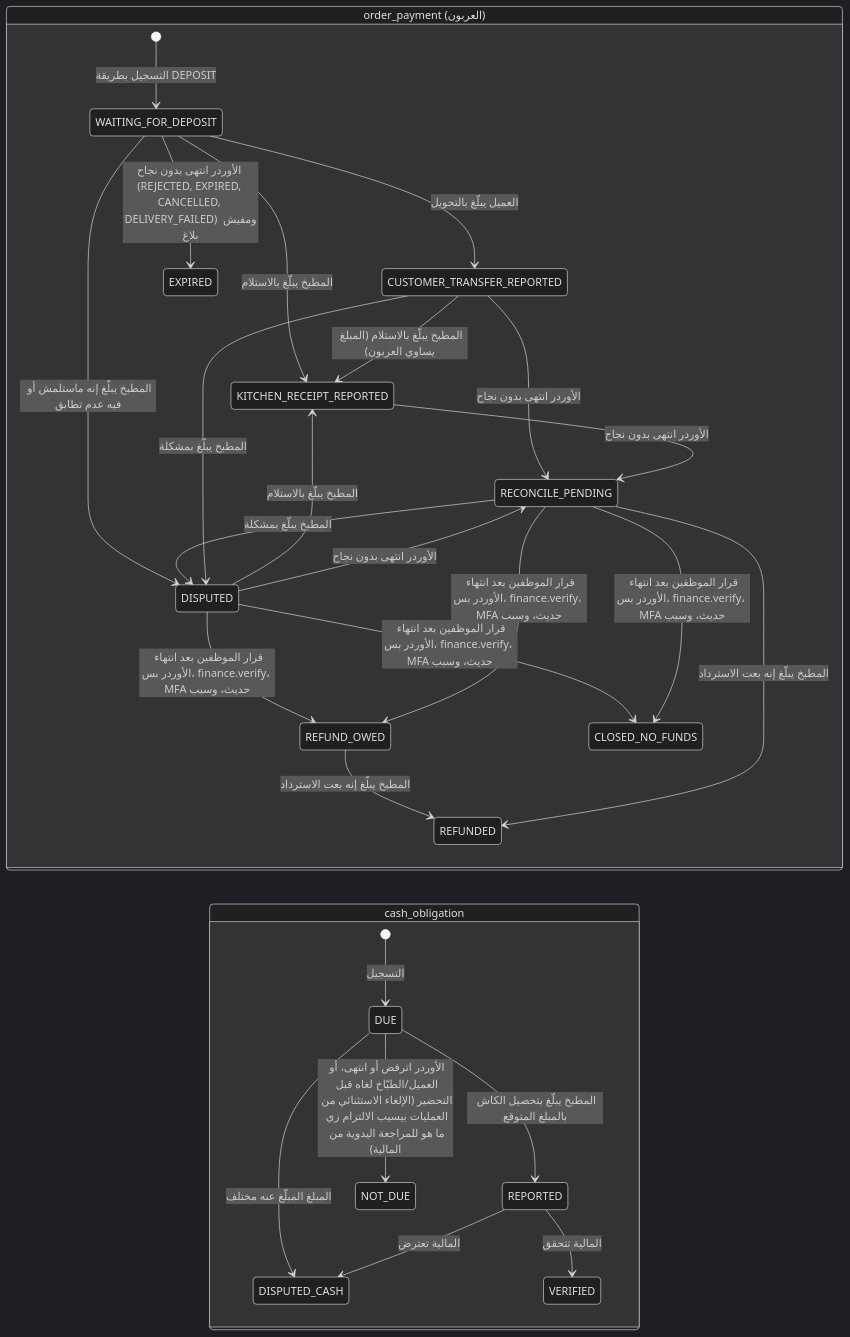
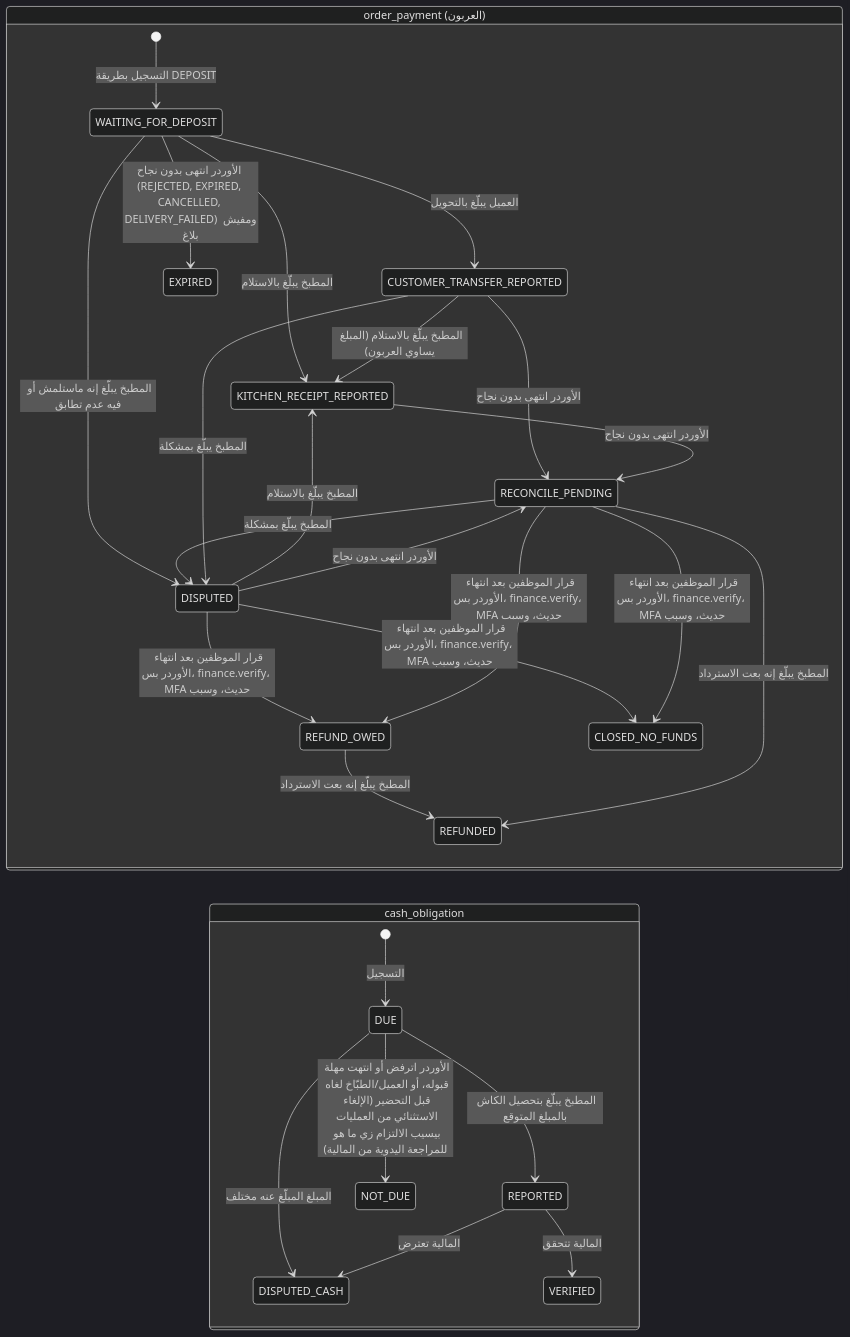
One commit to afawzy70/Matbakhy-v1 changed diagram 11 of 14 in docs/developer-handbook/03-architecture/diagrams-ar.md. Above: the diagram before and after it, drawn with Mermaid (dark theme). The commit also changed other lines of this file and 33 other files, not shown here.

````diff
--- a/docs/developer-handbook/03-architecture/diagrams-ar.md
+++ b/docs/developer-handbook/03-architecture/diagrams-ar.md
@@ -311,32 +311,32 @@
 ```mermaid
 stateDiagram-v2
     direction LR
     state "order_payment (العربون)" as dep {
         [*] --> WAITING_FOR_DEPOSIT: التسجيل بطريقة DEPOSIT
         WAITING_FOR_DEPOSIT --> CUSTOMER_TRANSFER_REPORTED: العميل يبلّغ بالتحويل
         WAITING_FOR_DEPOSIT --> KITCHEN_RECEIPT_REPORTED: المطبخ يبلّغ بالاستلام
         CUSTOMER_TRANSFER_REPORTED --> KITCHEN_RECEIPT_REPORTED: المطبخ يبلّغ بالاستلام (المبلغ يساوي العربون)
         DISPUTED --> KITCHEN_RECEIPT_REPORTED: المطبخ يبلّغ بالاستلام
         WAITING_FOR_DEPOSIT --> DISPUTED: المطبخ يبلّغ إنه ماستلمش أو فيه عدم تطابق
         RECONCILE_PENDING --> DISPUTED: المطبخ يبلّغ بمشكلة
         CUSTOMER_TRANSFER_REPORTED --> DISPUTED: المطبخ يبلّغ بمشكلة
         WAITING_FOR_DEPOSIT --> EXPIRED: الأوردر انتهى بدون نجاح (REJECTED, EXPIRED, CANCELLED, DELIVERY_FAILED) ومفيش بلاغ
         CUSTOMER_TRANSFER_REPORTED --> RECONCILE_PENDING: الأوردر انتهى بدون نجاح
         KITCHEN_RECEIPT_REPORTED --> RECONCILE_PENDING: الأوردر انتهى بدون نجاح
         DISPUTED --> RECONCILE_PENDING: الأوردر انتهى بدون نجاح
         DISPUTED --> REFUND_OWED: قرار الموظفين بعد انتهاء الأوردر بس، finance.verify، MFA حديث، وسبب
         RECONCILE_PENDING --> REFUND_OWED: قرار الموظفين بعد انتهاء الأوردر بس، finance.verify، MFA حديث، وسبب
         DISPUTED --> CLOSED_NO_FUNDS: قرار الموظفين بعد انتهاء الأوردر بس، finance.verify، MFA حديث، وسبب
         RECONCILE_PENDING --> CLOSED_NO_FUNDS: قرار الموظفين بعد انتهاء الأوردر بس، finance.verify، MFA حديث، وسبب
         REFUND_OWED --> REFUNDED: المطبخ يبلّغ إنه بعت الاسترداد
         RECONCILE_PENDING --> REFUNDED: المطبخ يبلّغ إنه بعت الاسترداد
     }
     state "cash_obligation" as cash {
         [*] --> DUE: التسجيل
         DUE --> REPORTED: المطبخ يبلّغ بتحصيل الكاش بالمبلغ المتوقع
         DUE --> DISPUTED_CASH: المبلغ المبلّغ عنه مختلف
         REPORTED --> VERIFIED: المالية تتحقق
         REPORTED --> DISPUTED_CASH: المالية تعترض
-        DUE --> NOT_DUE: الأوردر اترفض أو انتهى، أو العميل/الطبّاخ لغاه قبل التحضير (الإلغاء الاستثنائي من العمليات بيسيب الالتزام زي ما هو للمراجعة اليدوية من المالية)
+        DUE --> NOT_DUE: الأوردر اترفض أو انتهت مهلة قبوله، أو العميل/الطبّاخ لغاه قبل التحضير (الإلغاء الاستثنائي من العمليات بيسيب الالتزام زي ما هو للمراجعة اليدوية من المالية)
     }
 ```
````
